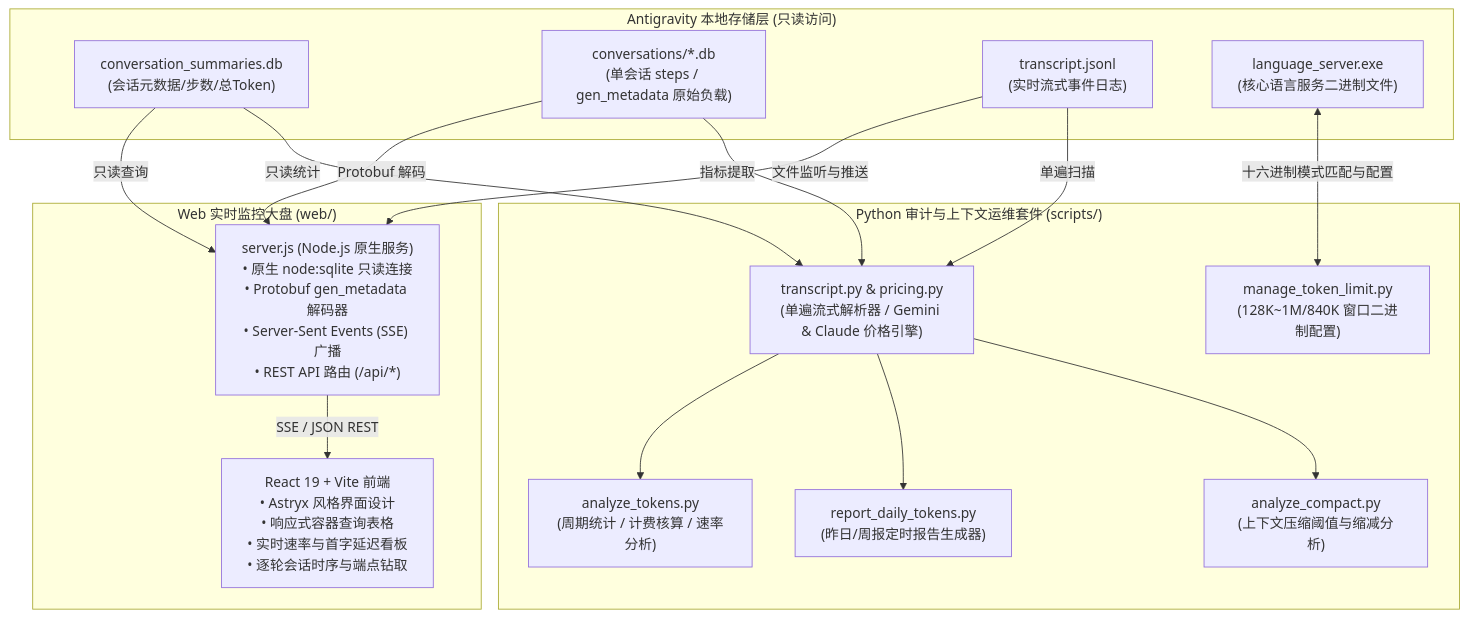
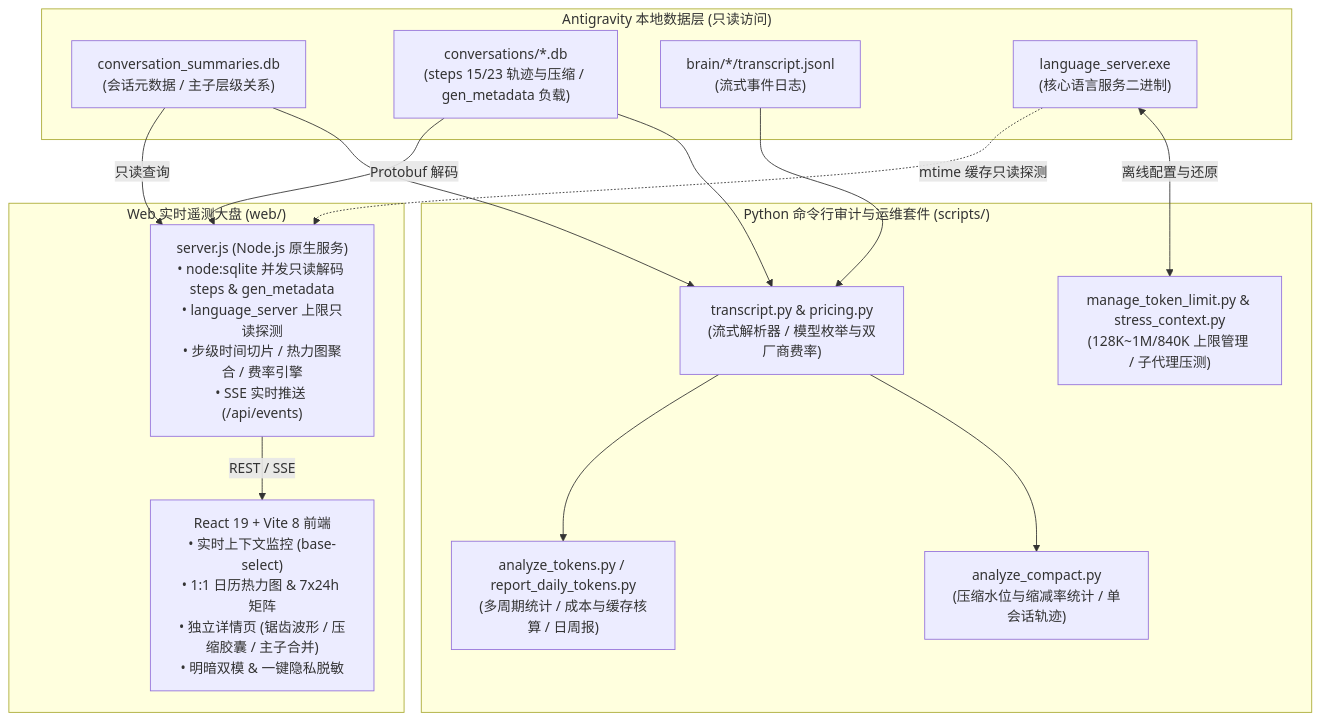
The diagram in README.md (NBananapie/anti_token_manager), drawn with Mermaid before and after one commit. The commit also changed other lines of this file and 5 other files, not shown here.

````diff
--- a/README.md
+++ b/README.md
@@ -11,35 +75,33 @@
 ```mermaid
 flowchart TD
-    subgraph AntigravityStorage["Antigravity 本地存储层 (只读访问)"]
-        DB1["conversation_summaries.db<br/>(会话元数据/步数/总Token)"]
-        DB2["conversations/*.db<br/>(单会话 steps / gen_metadata 原始负载)"]
-        LOG1["transcript.jsonl<br/>(实时流式事件日志)"]
-        BIN1["language_server.exe<br/>(核心语言服务二进制文件)"]
+    subgraph Storage["Antigravity 本地数据层 (只读访问)"]
+        DB1["conversation_summaries.db<br/>(会话元数据 / 主子层级关系)"]
+        DB2["conversations/*.db<br/>(steps 15/23 轨迹与压缩 / gen_metadata 负载)"]
+        LOG1["brain/*/transcript.jsonl<br/>(流式事件日志)"]
+        BIN1["language_server.exe<br/>(核心语言服务二进制)"]
     end
 
-    subgraph PythonSuite["Python 审计与上下文运维套件 (scripts/)"]
-        P_AUDIT["analyze_tokens.py<br/>(周期统计 / 计费核算 / 速率分析)"]
-        P_DAILY["report_daily_tokens.py<br/>(昨日/周报定时报告生成器)"]
-        P_COMPACT["analyze_compact.py<br/>(上下文压缩阈值与缩减分析)"]
-        P_LIMIT["manage_token_limit.py<br/>(128K~1M/840K 窗口二进制配置)"]
-        P_TRANS["transcript.py & pricing.py<br/>(单遍流式解析器 / Gemini & Claude 价格引擎)"]
+    subgraph WebApp["Web 实时遥测大盘 (web/)"]
+        SRV["server.js (Node.js 原生服务)<br/>• node:sqlite 并发只读解码 steps & gen_metadata<br/>• language_server 上限只读探测<br/>• 步级时间切片 / 热力图聚合 / 费率引擎<br/>• SSE 实时推送 (/api/events)"]
+        UI["React 19 + Vite 8 前端<br/>• 实时上下文监控 (base-select)<br/>• 1:1 日历热力图 & 7x24h 矩阵<br/>• 独立详情页 (锯齿波形 / 压缩胶囊 / 主子合并)<br/>• 明暗双模 & 一键隐私脱敏"]
     end
 
-    subgraph WebMonitor["Web 实时监控大盘 (web/)"]
-        SRV["server.js (Node.js 原生服务)<br/>• 原生 node:sqlite 只读连接<br/>• Protobuf gen_metadata 解码器<br/>• Server-Sent Events (SSE) 广播<br/>• REST API 路由 (/api/*)"]
-        UI["React 19 + Vite 前端<br/>• Astryx 风格界面设计<br/>• 响应式容器查询表格<br/>• 实时速率与首字延迟看板<br/>• 逐轮会话时序与端点钻取"]
+    subgraph CliSuite["Python 命令行审计与运维套件 (scripts/)"]
+        P1["analyze_tokens.py / report_daily_tokens.py<br/>(多周期统计 / 成本与缓存核算 / 日周报)"]
+        P2["analyze_compact.py<br/>(压缩水位与缩减率统计 / 单会话轨迹)"]
+        P3["manage_token_limit.py & stress_context.py<br/>(128K~1M/840K 上限管理 / 子代理压测)"]
+        P4["transcript.py & pricing.py<br/>(流式解析器 / 模型枚举与双厂商费率)"]
     end
 
     DB1 -->|"只读查询"| SRV
     DB2 -->|"Protobuf 解码"| SRV
-    LOG1 -->|"文件监听与推送"| SRV
-    SRV -->|"SSE / JSON REST"| UI
+    BIN1 -.->|"mtime 缓存只读探测"| SRV
+    SRV -->|"REST / SSE"| UI
 
-    DB1 -->|"只读统计"| P_TRANS
-    DB2 -->|"指标提取"| P_TRANS
-    LOG1 -->|"单遍扫描"| P_TRANS
-    P_TRANS --> P_AUDIT
-    P_TRANS --> P_DAILY
-    P_TRANS --> P_COMPACT
-    BIN1 <-->|"十六进制模式匹配与配置"| P_LIMIT
+    DB1 --> P4
+    DB2 --> P4
+    LOG1 --> P4
+    P4 --> P1
+    P4 --> P2
+    BIN1 <-->|"离线配置与还原"| P3
 ```
````
